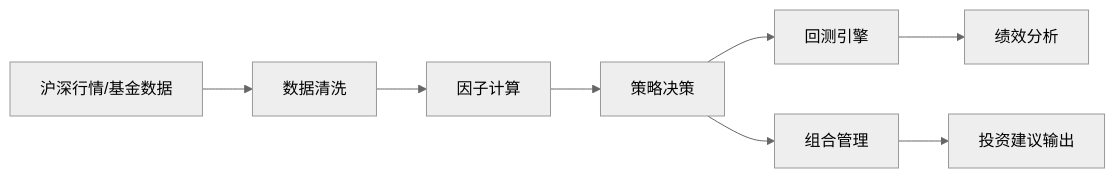
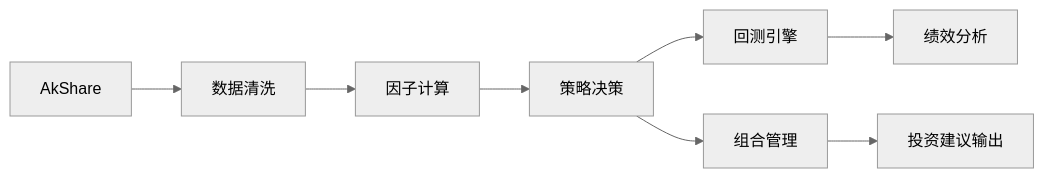
The first of 2 diagrams in docs/readme.md (ykssrat/QMT_A6), drawn with Mermaid (neutral theme) before and after one commit. The commit also changed other lines of this file and 8 other files, not shown here.

````diff
--- a/docs/readme.md
+++ b/docs/readme.md
@@ -18,10 +19,10 @@
 ```mermaid
 flowchart LR
-    数据源[沪深行情/基金数据] --> 数据清洗
+    数据源[AkShare] --> 数据清洗
     数据清洗 --> 因子计算
     因子计算 --> 策略决策
     策略决策 --> 回测引擎
     回测引擎 --> 绩效分析
     策略决策 --> 组合管理
     组合管理 --> 投资建议输出
 ```
````
